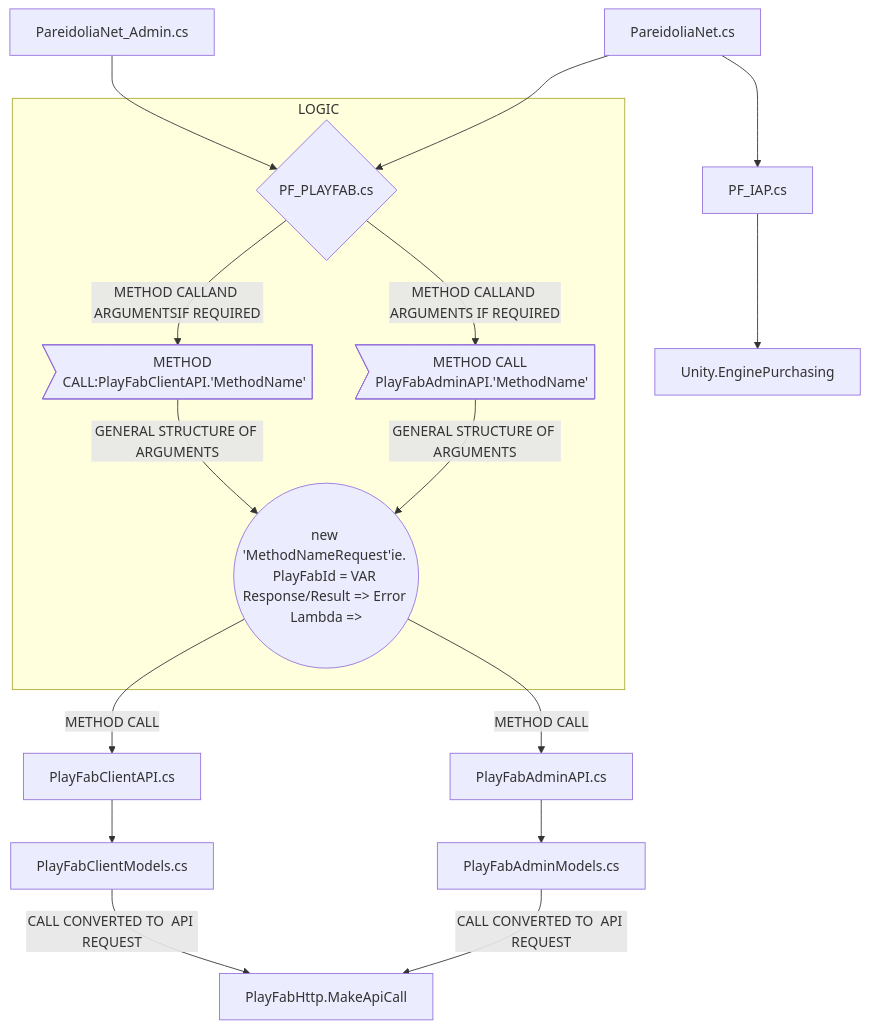
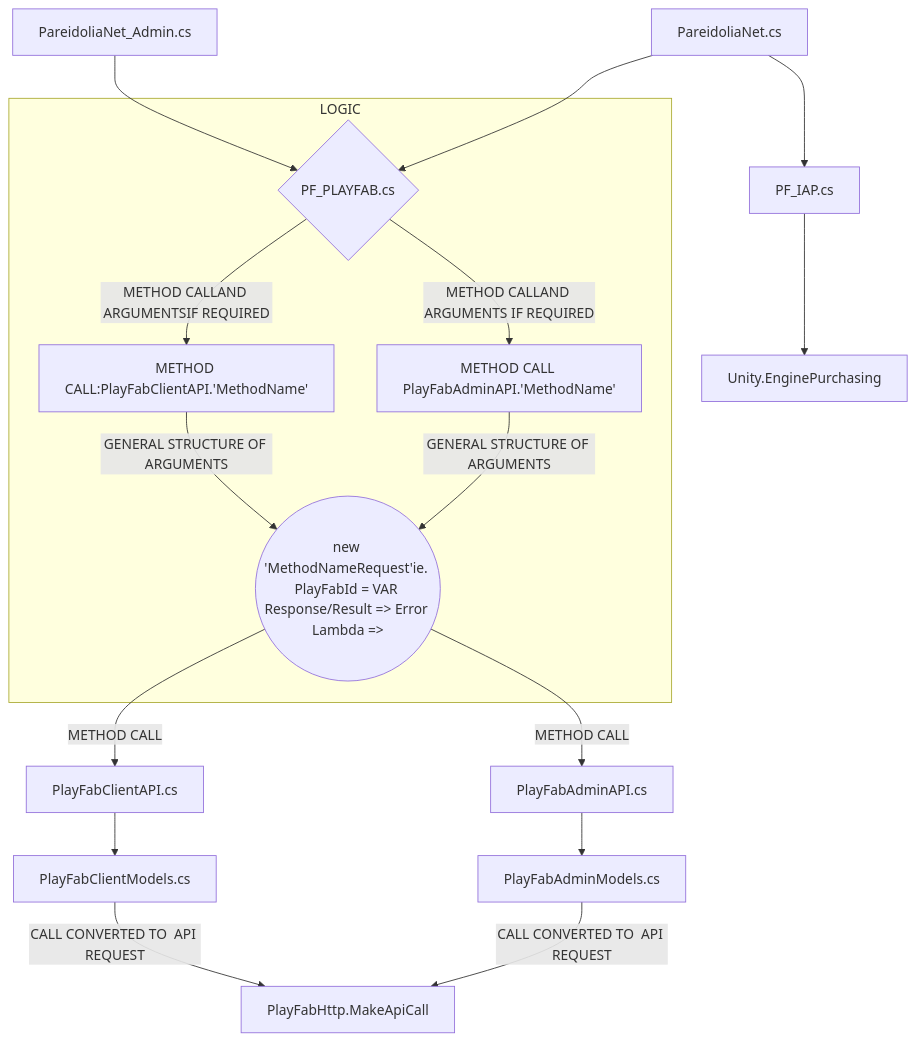
One commit to dconlrn/dconlrn.github.io changed the third of 3 diagrams in merm.md. Above: the diagram before and after it, drawn with Mermaid. The commit also changed other lines of this file, not shown here.

Commit message:
django dep update

```diff
--- a/merm.md
+++ b/merm.md
@@ -35,22 +35,22 @@
 <div class="mermaid"> 
 
 
 graph TD;
     A[PareidoliaNet.cs]-->B{PF_PLAYFAB.cs};
     A-->C[PF_IAP.cs];
     D[PareidoliaNet_Admin.cs]-->B;
     subgraph O[LOGIC];
-    B-->|METHOD CALLAND ARGUMENTS IF REQUIRED|J>METHOD CALL PlayFabAdminAPI.'MethodName'];
+    B-->|METHOD CALLAND ARGUMENTS IF REQUIRED|J[METHOD CALL PlayFabAdminAPI.'MethodName'];
     J-->|GENERAL STRUCTURE OF ARGUMENTS|L((new 'MethodNameRequest'ie. PlayFabId = VAR Response/Result => Error Lambda =>));
-    B-->|METHOD CALLAND ARGUMENTSIF REQUIRED|K>METHOD CALL:PlayFabClientAPI.'MethodName'];
+    B-->|METHOD CALLAND ARGUMENTSIF REQUIRED|K[METHOD CALL:PlayFabClientAPI.'MethodName'];
     K-->|GENERAL STRUCTURE OF ARGUMENTS|L;
     end;
     L-->|METHOD CALL|E[PlayFabAdminAPI.cs];
     L-->|METHOD CALL|F[PlayFabClientAPI.cs];
     E[PlayFabAdminAPI.cs]-->G[PlayFabAdminModels.cs];
     F[PlayFabClientAPI.cs]-->H[PlayFabClientModels.cs];
     G-->|CALL CONVERTED TO  API REQUEST|g[PlayFabHttp.MakeApiCall];
     H-->|CALL CONVERTED TO  API REQUEST|g;
     C[PF_IAP.cs]-->I[Unity.EnginePurchasing];
 
 </div> 
```
